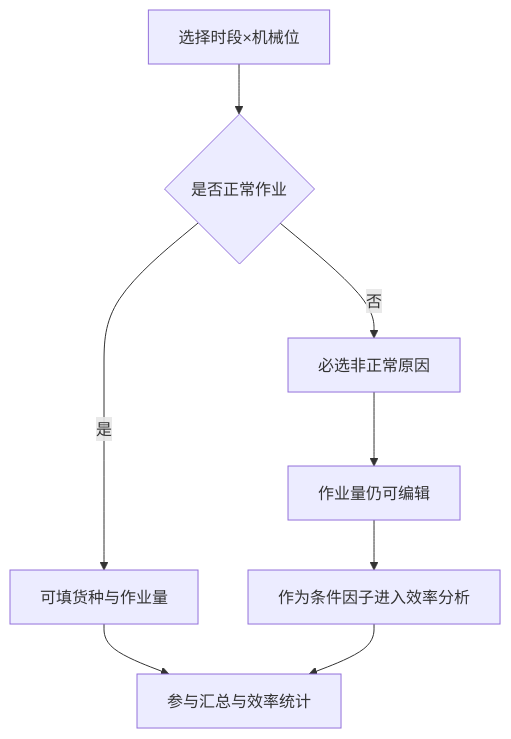
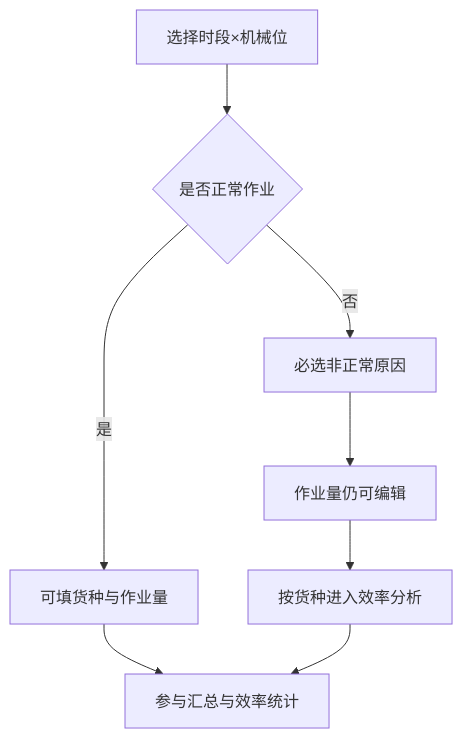
One commit to liaoliao66/TOS changed the second of 6 diagrams in docs/versions/v1.0.0/prd.md. Above: the diagram before and after it, drawn with Mermaid. The commit also changed other lines of this file and 11 other files, not shown here.

````diff
--- a/docs/versions/v1.0.0/prd.md
+++ b/docs/versions/v1.0.0/prd.md
@@ -148,10 +148,10 @@
 ```mermaid
 flowchart TD
     A[选择时段×机械位] --> B{是否正常作业}
     B -->|是| C[可填货种与作业量]
     B -->|否| D[必选非正常原因]
     D --> E[作业量仍可编辑]
-    E --> F[作为条件因子进入效率分析]
+    E --> F[按货种进入效率分析]
     C --> G[参与汇总与效率统计]
     F --> G
 ```
````
